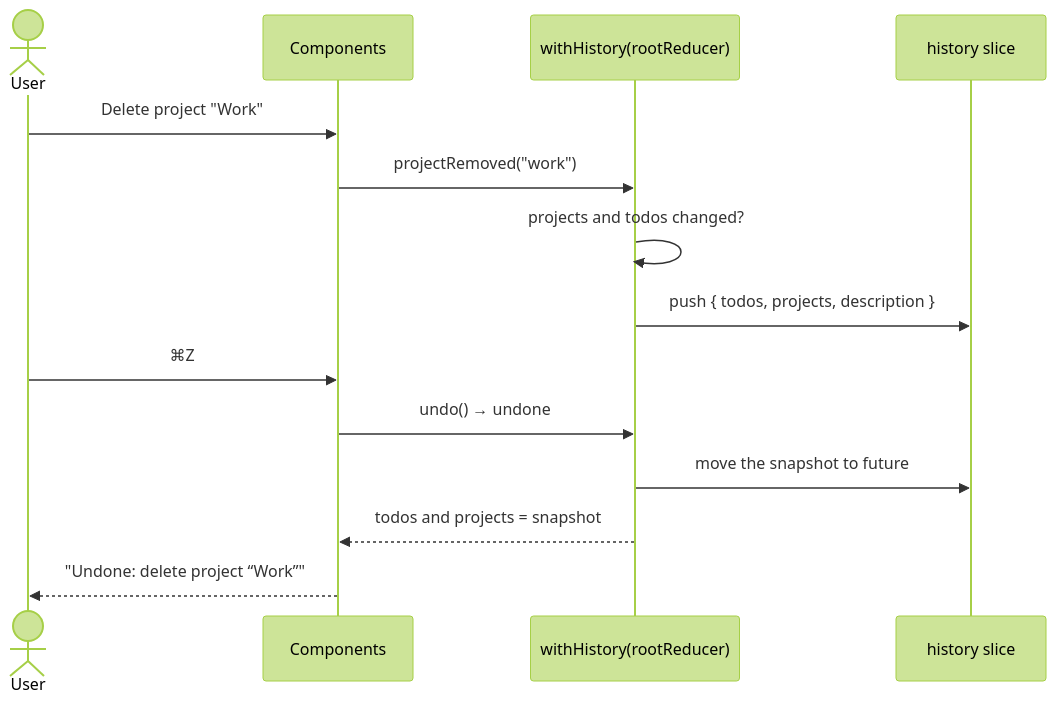
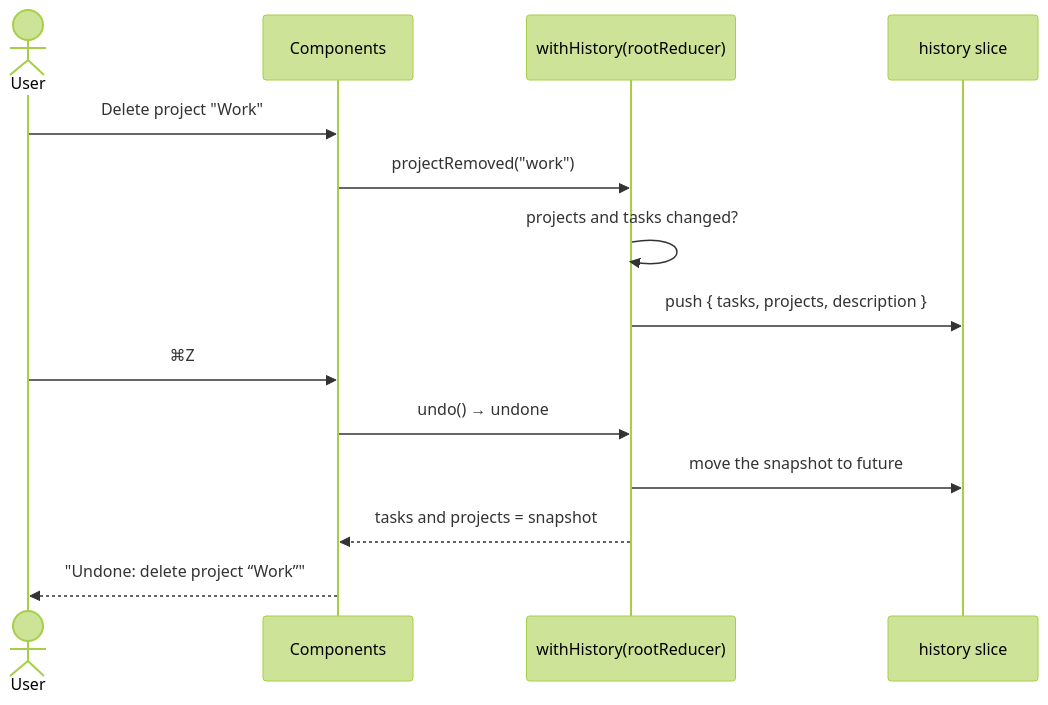
Before and after one commit to sacrificed666/react-todo-app: the sixth of 10 diagrams in docs/architecture.md, drawn with Mermaid (forest theme). The commit also changed other lines of this file and 182 other files, not shown here.

First line of the commit message:
refactor: rename todos to tasks and update related selectors, components, and tests

````diff
--- a/docs/architecture.md
+++ b/docs/architecture.md
@@ -239,16 +239,16 @@
 ```mermaid
 sequenceDiagram
   actor User
   participant UI as Components
   participant Root as withHistory(rootReducer)
   participant History as history slice
   User->>UI: Delete project "Work"
   UI->>Root: projectRemoved("work")
-  Root->>Root: projects and todos changed?
-  Root->>History: push { todos, projects, description }
+  Root->>Root: projects and tasks changed?
+  Root->>History: push { tasks, projects, description }
   User->>UI: ⌘Z
   UI->>Root: undo() → undone
   Root->>History: move the snapshot to future
-  Root-->>UI: todos and projects = snapshot
+  Root-->>UI: tasks and projects = snapshot
   UI-->>User: "Undone: delete project “Work”"
 ```
````
